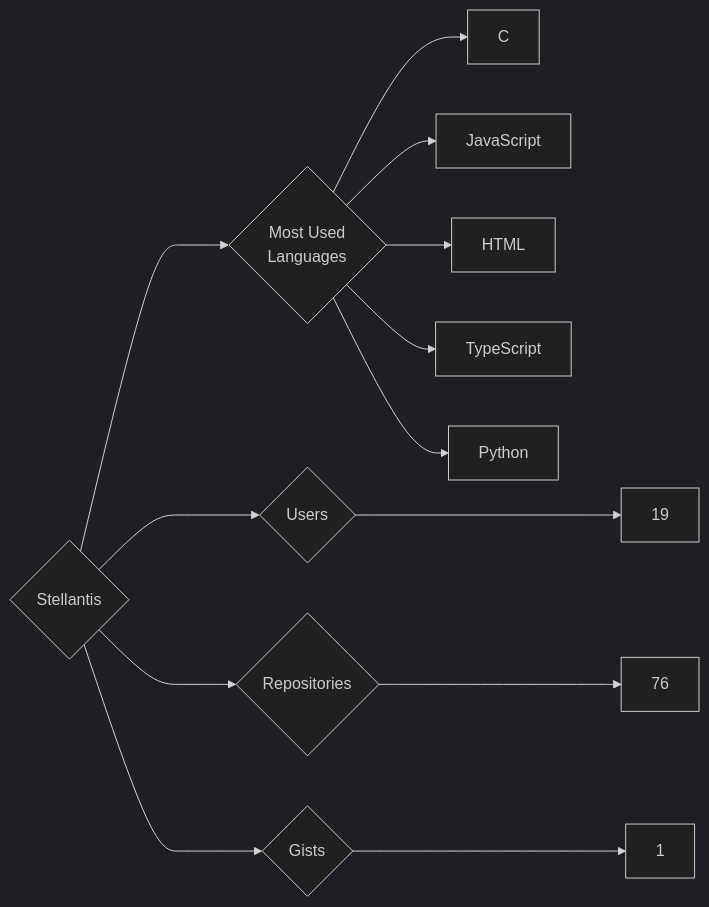
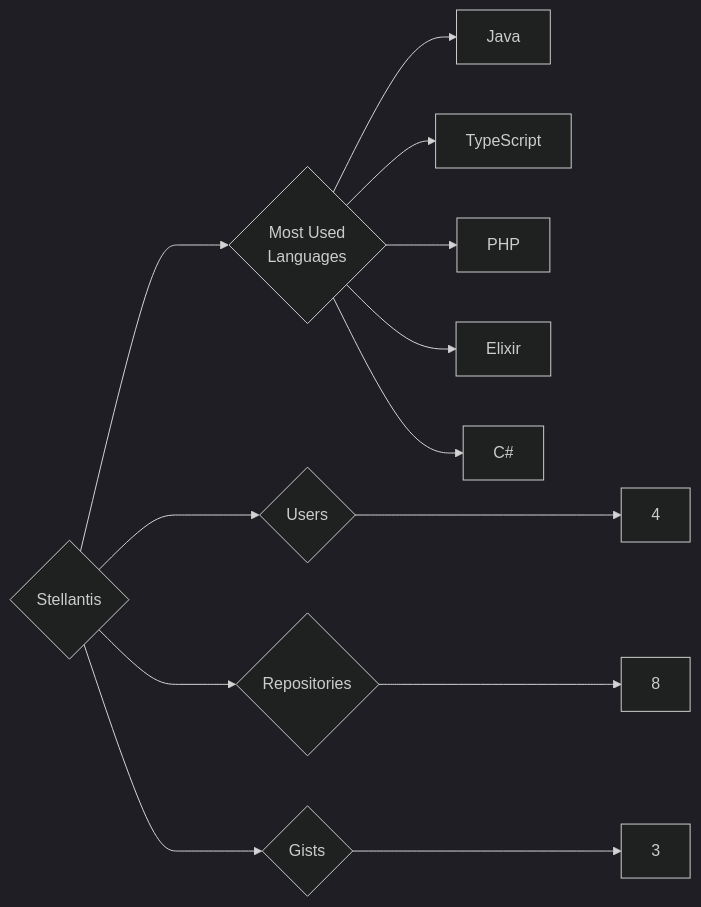
The diagram in targets/Stellantis/README.md (trickest/insiders), drawn with Mermaid (dark theme) before and after one commit. The commit also changed 815 other files, not shown here.

````diff
--- a/targets/Stellantis/README.md
+++ b/targets/Stellantis/README.md
@@ -3,13 +3,13 @@
 ```mermaid
 graph LR
 COMPANY_NAME{Stellantis}
-COMPANY_NAME ---> U{Users} ---> UN[19]
-COMPANY_NAME ---> R{Repositories} ---> RN[76]
-COMPANY_NAME ---> G{Gists} ---> GN[1]
+COMPANY_NAME ---> U{Users} ---> UN[4]
+COMPANY_NAME ---> R{Repositories} ---> RN[8]
+COMPANY_NAME ---> G{Gists} ---> GN[3]
 COMPANY_NAME ---> ML{Most Used<br>Languages}
-ML --> C[C]
-ML --> JavaScript[JavaScript]
-ML --> HTML[HTML]
+ML --> Java[Java]
 ML --> TypeScript[TypeScript]
-ML --> Python[Python]
+ML --> PHP[PHP]
+ML --> Elixir[Elixir]
+ML --> C#[C#]
 ```
````
